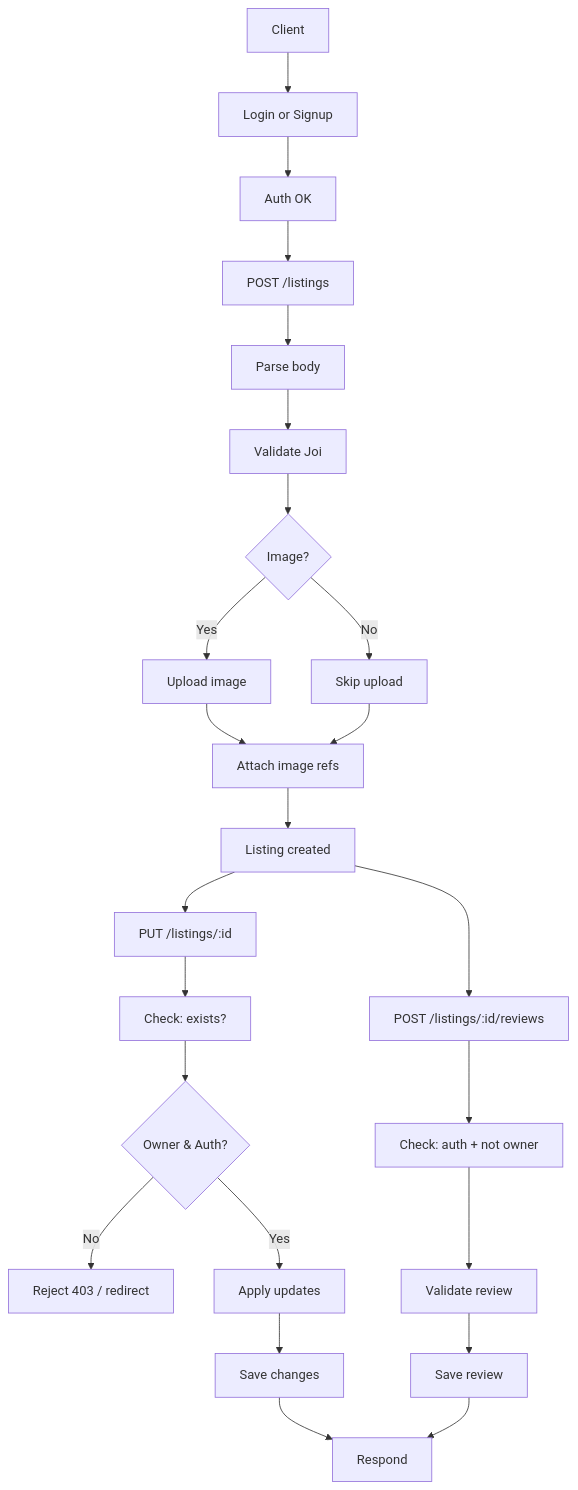
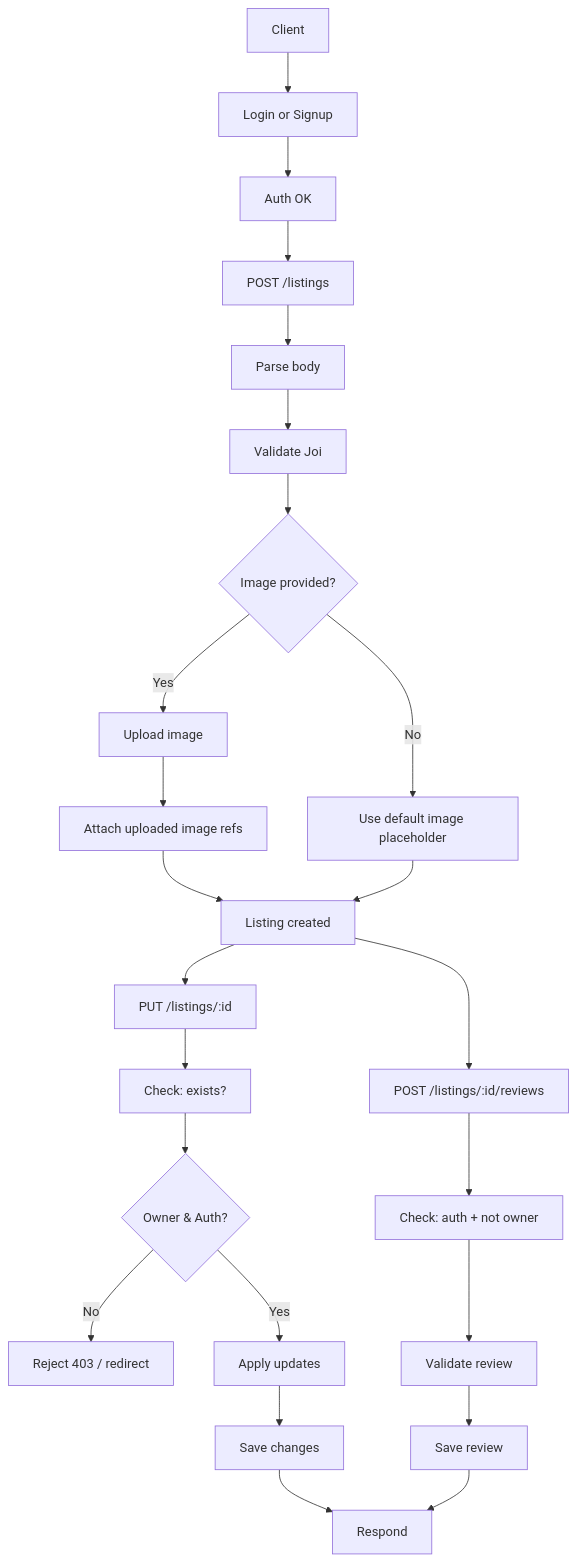
One commit to rootcode-creator/commercial-home-rent changed the diagram in README.md. Above: the diagram before and after it, drawn with Mermaid. The commit also changed other lines of this file, not shown here.

````diff
--- a/README.md
+++ b/README.md
@@ -199,26 +199,26 @@
 ```mermaid
 flowchart TD
     A[Client] --> B[Login or Signup]
     B --> C[Auth OK]
     C --> D[POST /listings]
     D --> E[Parse body]
     E --> F[Validate Joi]
-    F --> I{Image?}
+    F --> I{Image provided?}
     I -->|Yes| J[Upload image]
-    I -->|No| L[Skip upload]
-    J --> K[Attach image refs]
-    L --> K
+    J --> K[Attach uploaded image refs]
+    I -->|No| L[Use default image placeholder]
     K --> M[Listing created]
+    L --> M
     M --> N[PUT /listings/:id]
     N --> O[Check: exists?]
     O --> P{Owner & Auth?}
     P -->|No| Q[Reject 403 / redirect]
     P -->|Yes| R[Apply updates]
     R --> S[Save changes]
     M --> T[POST /listings/:id/reviews]
     T --> U[Check: auth + not owner]
     U --> V[Validate review]
     V --> W[Save review]
     W --> X[Respond]
     S --> X[Respond]
 ```
````
